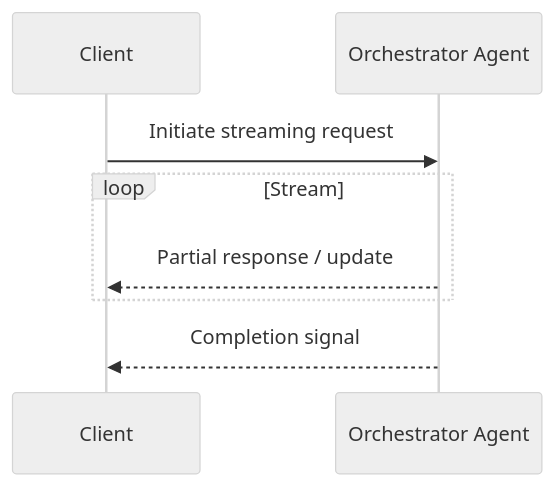
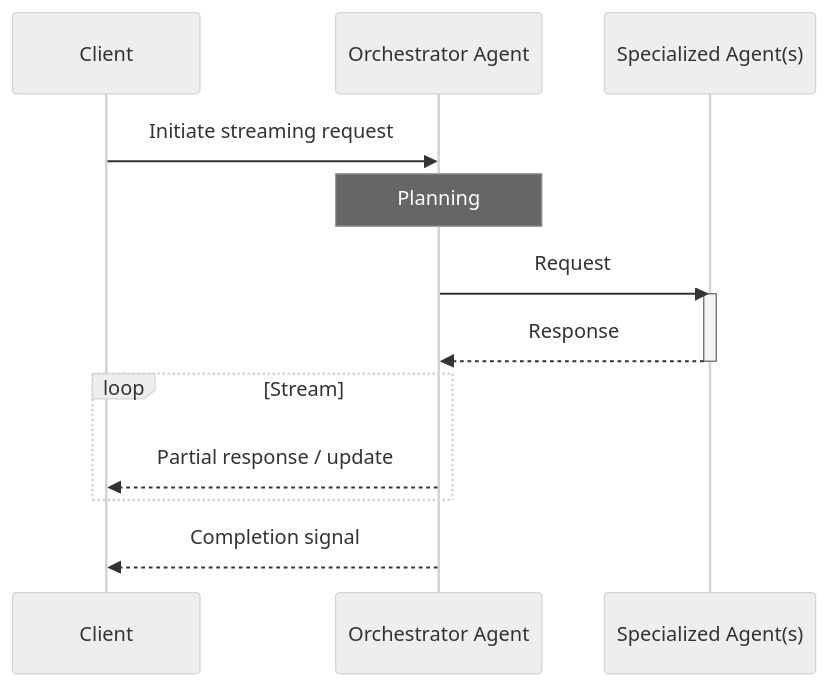
The second of 4 diagrams in docs/agents-communication/Request-Driven.md (microsoft/multi-agent-reference-architecture), drawn with Mermaid (neutral theme) before and after one commit. The commit also changed other lines of this file, not shown here.

Commit message:
docs: request-driven content updated

````diff
--- a/docs/agents-communication/Request-Driven.md
+++ b/docs/agents-communication/Request-Driven.md
@@ -98,10 +145,16 @@
 ```mermaid
 sequenceDiagram
     participant Client
     participant Orchestrator Agent
+    participant Specialized Agent(s)
     Client->>Orchestrator Agent: Initiate streaming request
+    Note over Orchestrator Agent: Planning
+    Orchestrator Agent->>Specialized Agent(s): Request
+    activate Specialized Agent(s)
+    Specialized Agent(s)-->>Orchestrator Agent: Response
+    deactivate Specialized Agent(s)
     loop Stream
         Orchestrator Agent-->>Client: Partial response / update
     end
     Orchestrator Agent-->>Client: Completion signal
 ```
````
